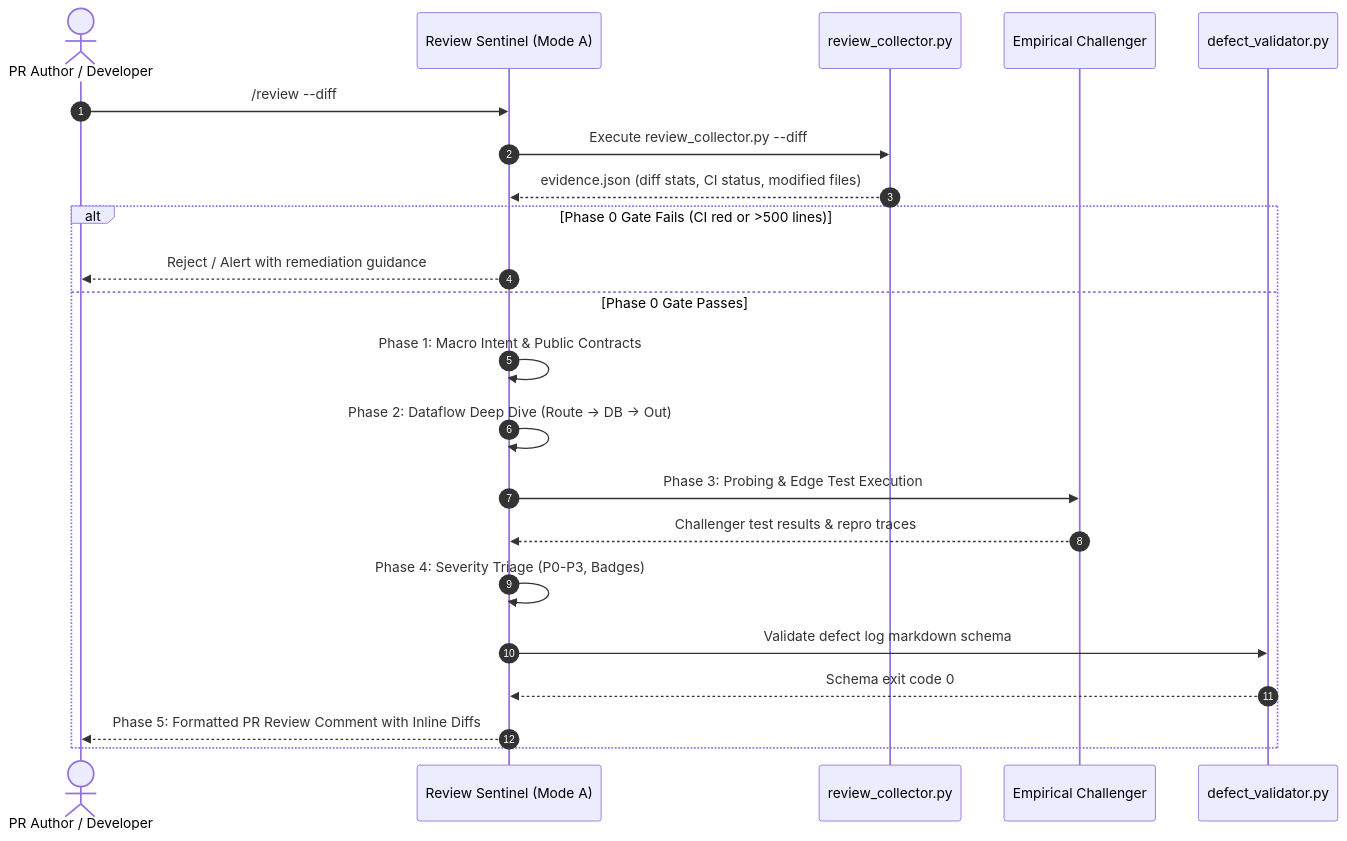
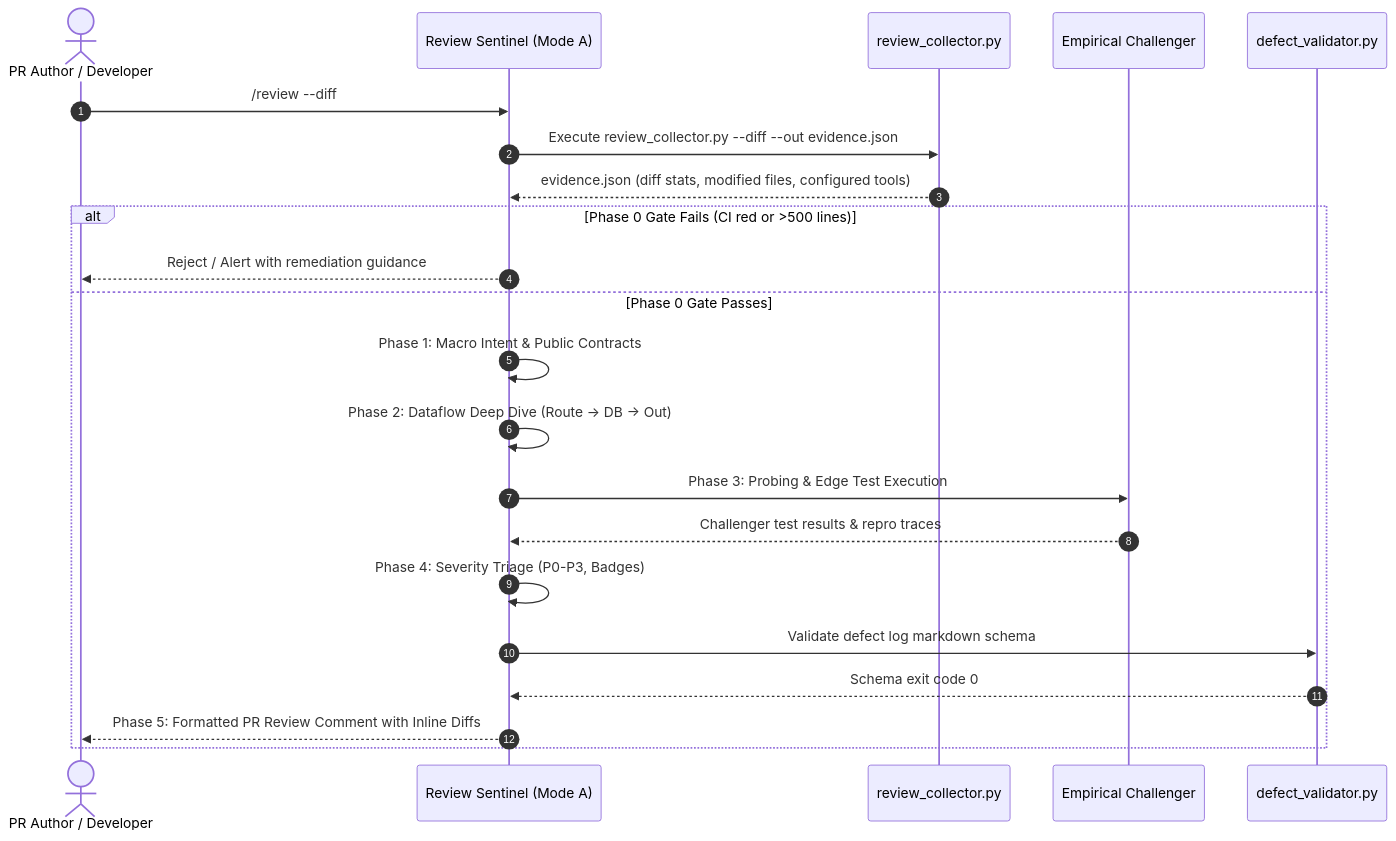
Before and after one commit to ksprashu/agent-skill-forge: the second of 3 diagrams in skills/review/references/workflows.md, drawn with Mermaid. The commit also changed other lines of this file and 9 other files, not shown here.

First line of the commit message:
fix(review): validator sectioning, whole-report checks and verdict gate; collector rename, pyproject and timeout fixes

````diff
--- a/skills/review/references/workflows.md
+++ b/skills/review/references/workflows.md
@@ -46,26 +46,26 @@
 ```mermaid
 sequenceDiagram
     autonumber
     actor Author as PR Author / Developer
     participant Sentinel as Review Sentinel (Mode A)
     participant Collector as review_collector.py
     participant Challenger as Empirical Challenger
     participant Validator as defect_validator.py
 
     Author->>Sentinel: /review --diff
-    Sentinel->>Collector: Execute review_collector.py --diff
-    Collector-->>Sentinel: evidence.json (diff stats, CI status, modified files)
+    Sentinel->>Collector: Execute review_collector.py --diff --out evidence.json
+    Collector-->>Sentinel: evidence.json (diff stats, modified files, configured tools)
     
     alt Phase 0 Gate Fails (CI red or >500 lines)
         Sentinel-->>Author: Reject / Alert with remediation guidance
     else Phase 0 Gate Passes
         Sentinel->>Sentinel: Phase 1: Macro Intent & Public Contracts
         Sentinel->>Sentinel: Phase 2: Dataflow Deep Dive (Route -> DB -> Out)
         Sentinel->>Challenger: Phase 3: Probing & Edge Test Execution
         Challenger-->>Sentinel: Challenger test results & repro traces
         Sentinel->>Sentinel: Phase 4: Severity Triage (P0-P3, Badges)
         Sentinel->>Validator: Validate defect log markdown schema
         Validator-->>Sentinel: Schema exit code 0
         Sentinel-->>Author: Phase 5: Formatted PR Review Comment with Inline Diffs
     end
 ```
````
